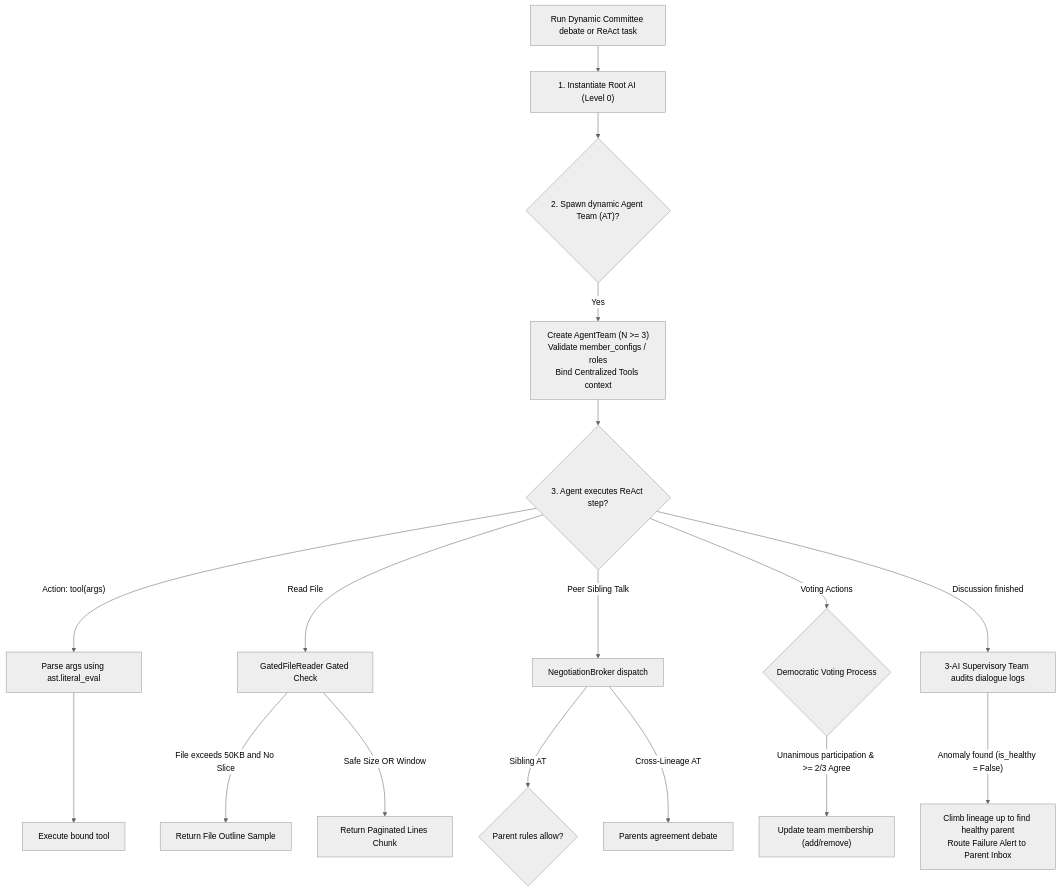
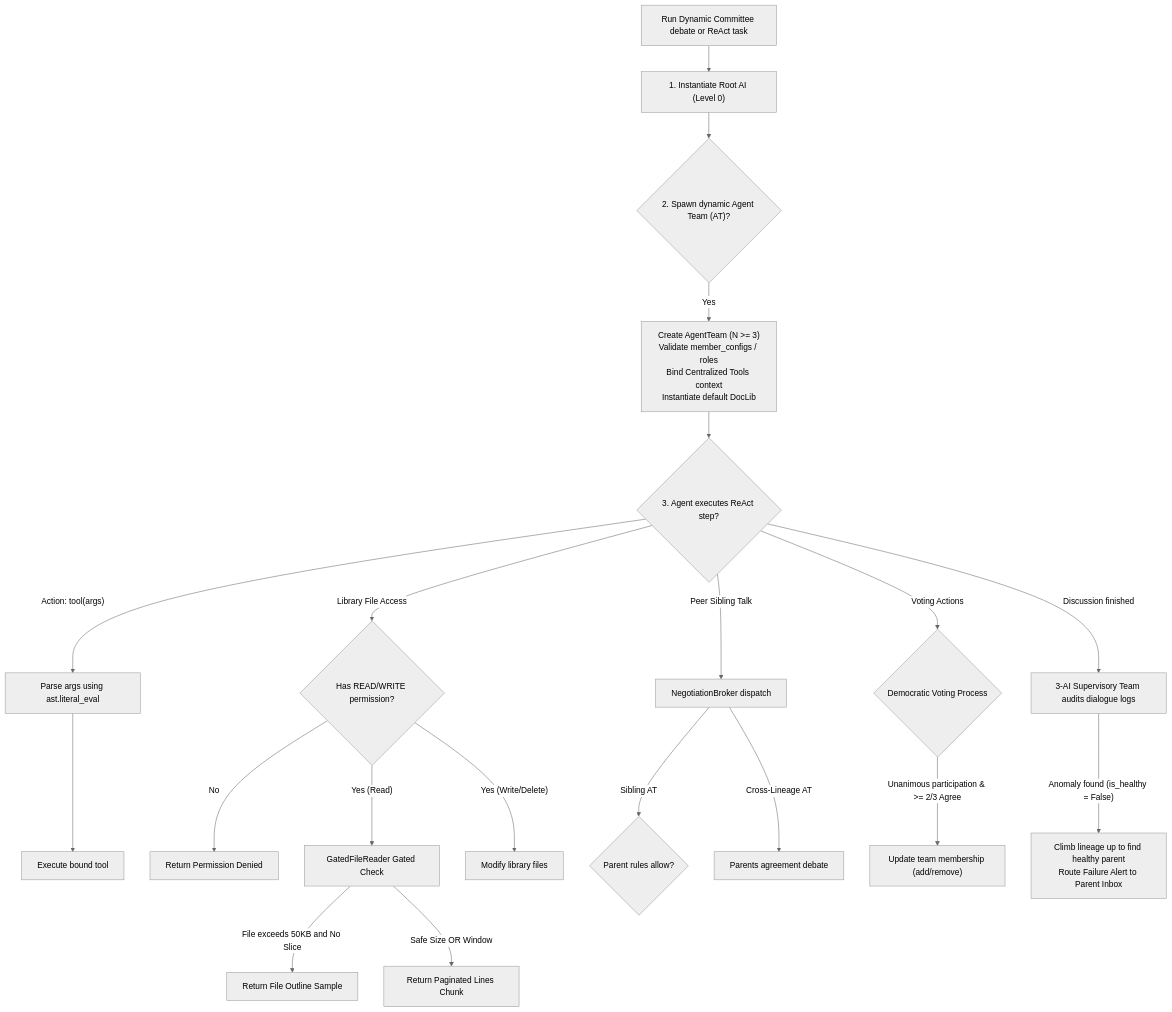
The diagram in docs/flowcharts/README.md (AI-Team-Team/AI-Team-Team), drawn with Mermaid (neutral theme) before and after one commit. The commit also changed 13 other files, not shown here.

First line of the commit message:
feat(doclib): implement collaborative document libraries and spawning context propagation

````diff
--- a/docs/flowcharts/README.md
+++ b/docs/flowcharts/README.md
@@ -22,26 +22,30 @@
 ```mermaid
 flowchart TD
     Task["Run Dynamic Committee debate or ReAct task"] --> RootNode["1. Instantiate Root AI (Level 0)"]
     
     RootNode --> Spawning{"2. Spawn dynamic Agent Team (AT)?"}
-    Spawning -- "Yes" --> SpawningCheck["Create AgentTeam (N >= 3)\nValidate member_configs / roles\nBind Centralized Tools context"]
+    Spawning -- "Yes" --> SpawningCheck["Create AgentTeam (N >= 3)\nValidate member_configs / roles\nBind Centralized Tools context\nInstantiate default DocLib"]
     
     SpawningCheck --> ToolCall{"3. Agent executes ReAct step?"}
     
     ToolCall -- "Action: tool(args)" --> SafeParser["Parse args using ast.literal_eval"]
     SafeParser --> ExecTool["Execute bound tool"]
     
-    ToolCall -- "Read File" --> GatedFileReader["GatedFileReader Gated Check"]
+    ToolCall -- "Library File Access" --> DocLibPermission{"Has READ/WRITE permission?"}
+    DocLibPermission -- "No" --> Denied["Return Permission Denied"]
+    DocLibPermission -- "Yes (Read)" --> GatedFileReader["GatedFileReader Gated Check"]
+    DocLibPermission -- "Yes (Write/Delete)" --> ExecDoc["Modify library files"]
+    
     GatedFileReader -- "File exceeds 50KB and No Slice" --> Outline["Return File Outline Sample"]
     GatedFileReader -- "Safe Size OR Window" --> Chunk["Return Paginated Lines Chunk"]
     
     ToolCall -- "Peer Sibling Talk" --> NegotiationBroker["NegotiationBroker dispatch"]
     NegotiationBroker -- "Sibling AT" --> SiblingRule{"Parent rules allow?"}
     NegotiationBroker -- "Cross-Lineage AT" --> ParentNegotiate["Parents agreement debate"]
     
     ToolCall -- "Voting Actions" --> Voting{"Democratic Voting Process"}
     Voting -- "Unanimous participation & >= 2/3 Agree" --> ExecVote["Update team membership (add/remove)"]
     
     ToolCall -- "Discussion finished" --> SupervisoryTeam["3-AI Supervisory Team audits dialogue logs"]
     SupervisoryTeam -- "Anomaly found (is_healthy = False)" --> Escalate["Climb lineage up to find healthy parent\nRoute Failure Alert to Parent Inbox"]
 ```
````
